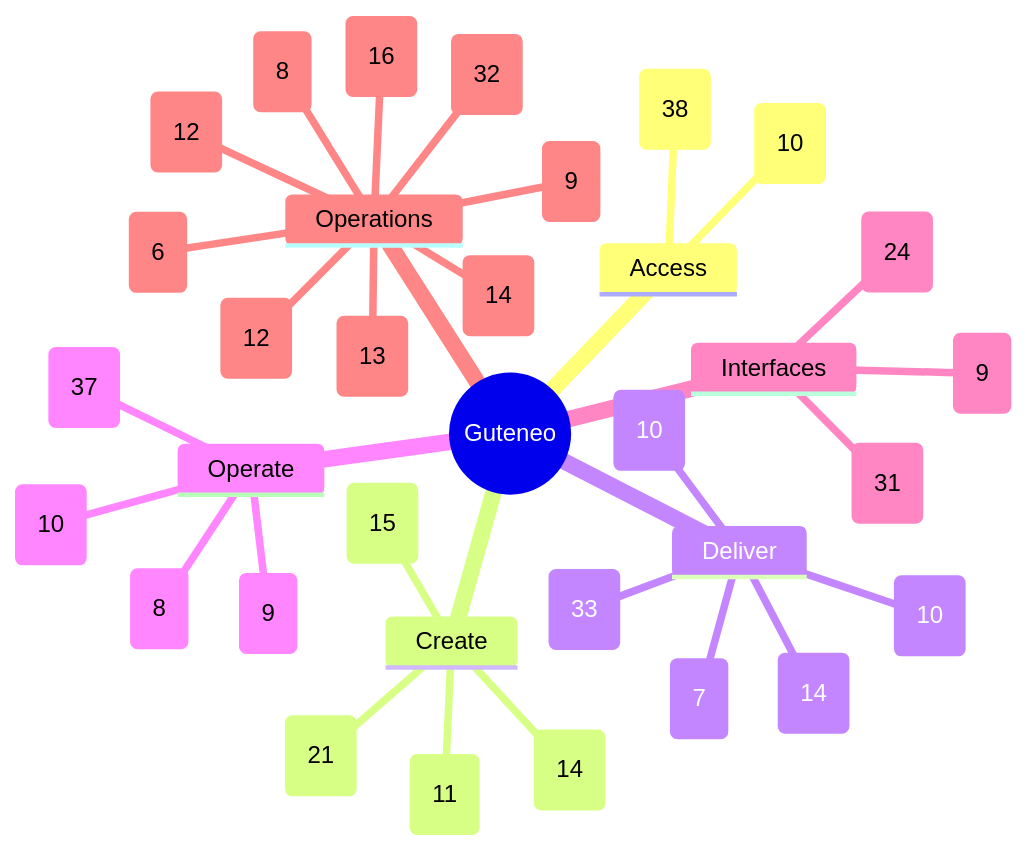
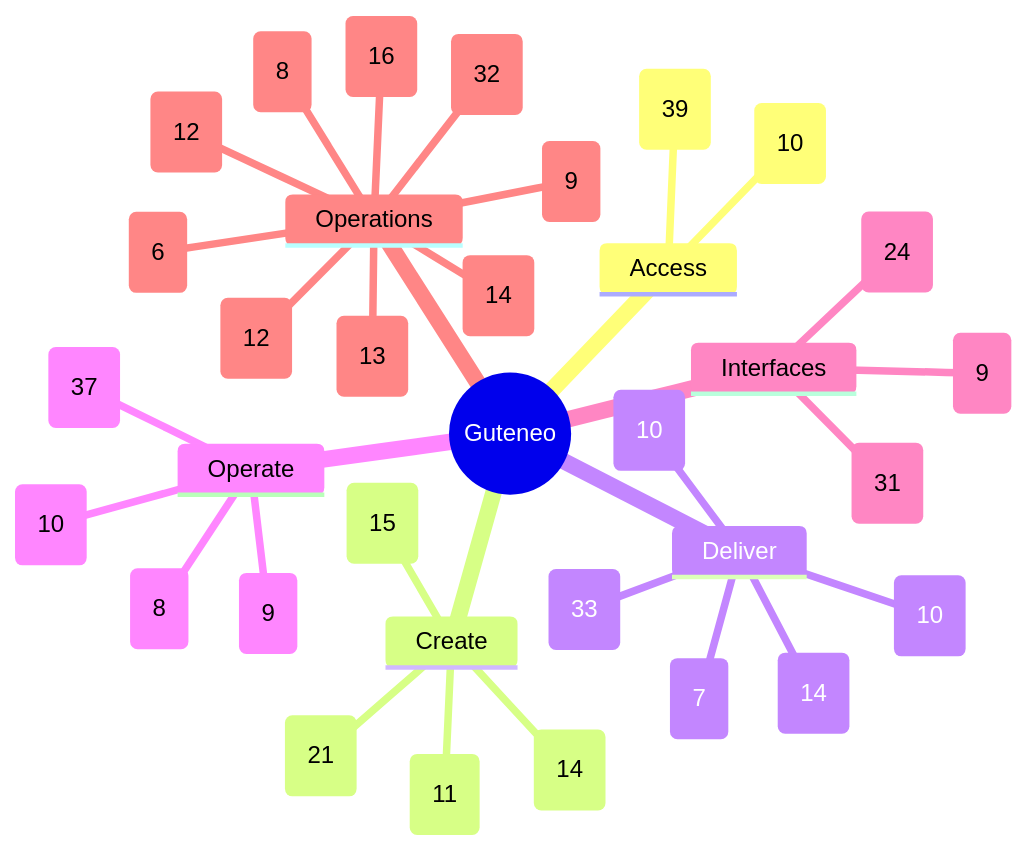
One commit to nclsppr/guteneo changed the diagram in docs/FEATURE_MAP.md. Above: the diagram before and after it, drawn with Mermaid. The commit also changed other lines of this file and 26 other files, not shown here.

````diff
--- a/docs/FEATURE_MAP.md
+++ b/docs/FEATURE_MAP.md
@@ -13,37 +13,37 @@
 ```mermaid
 mindmap
   root((Guteneo))
     Access
-      Access and identity (38)
+      Access and identity (39)
       Team and responsibilities (10)
     Create
       Documents and protection (21)
       Template studio (14)
       Data and mappings (11)
       PDF generation and distribution (15)
     Deliver
       Fax (10)
       Postal mail (10)
       Email and protected links (14)
       Sensitive distribution and personal documents (33)
       Dispatch dry run (7)
     Operate
       Campaigns and tracking (8)
       Credits and billing (9)
       Workspace layout and browser appearance (37)
       PDF verification (10)
     Interfaces
       Assistants and API (31)
       iPhone and iPad (9)
       Public pages, languages and appearance (24)
     Operations
       Reviewer OAuth qualification (9)
       Operations and reliability (32)
       Belvédère platform oversight (14)
       Public service status (16)
       Engineering documentation (12)
       Codex Cloud development (8)
       Continuous reviewer preparation (6)
       Automatic fax tariff maintenance (13)
       Consumed provider freshness and J-1 alerts (12)
 ```
````
